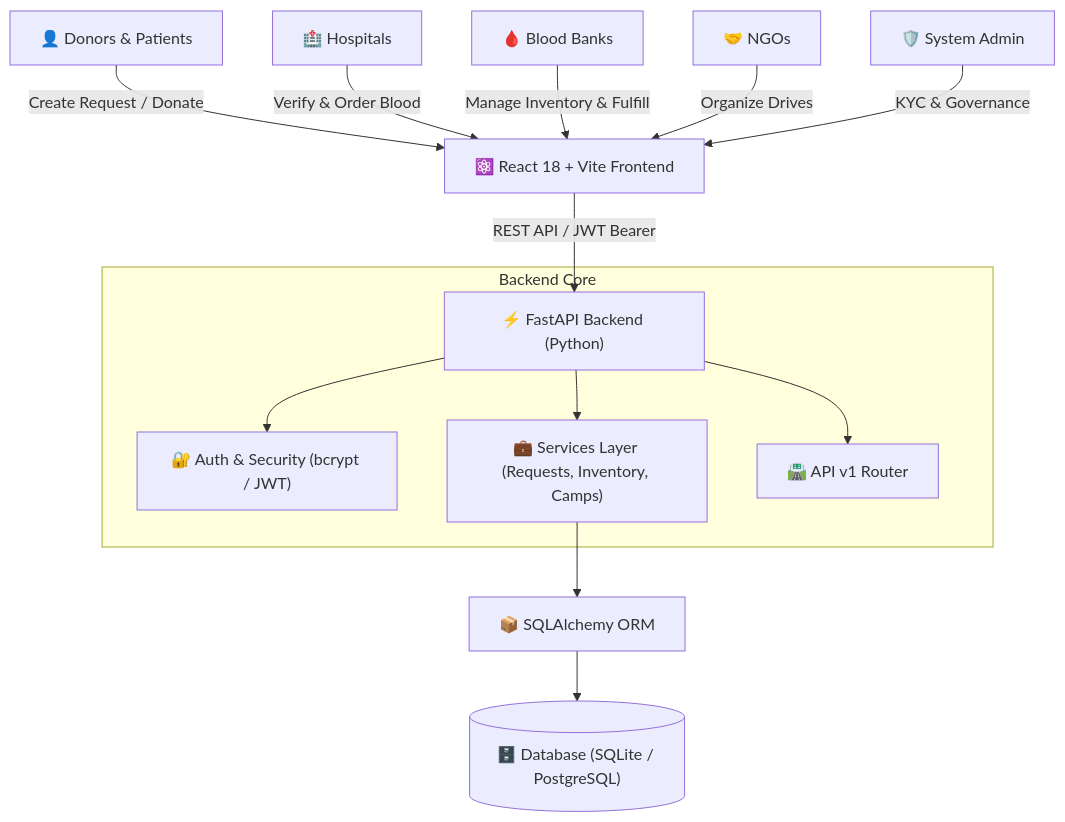
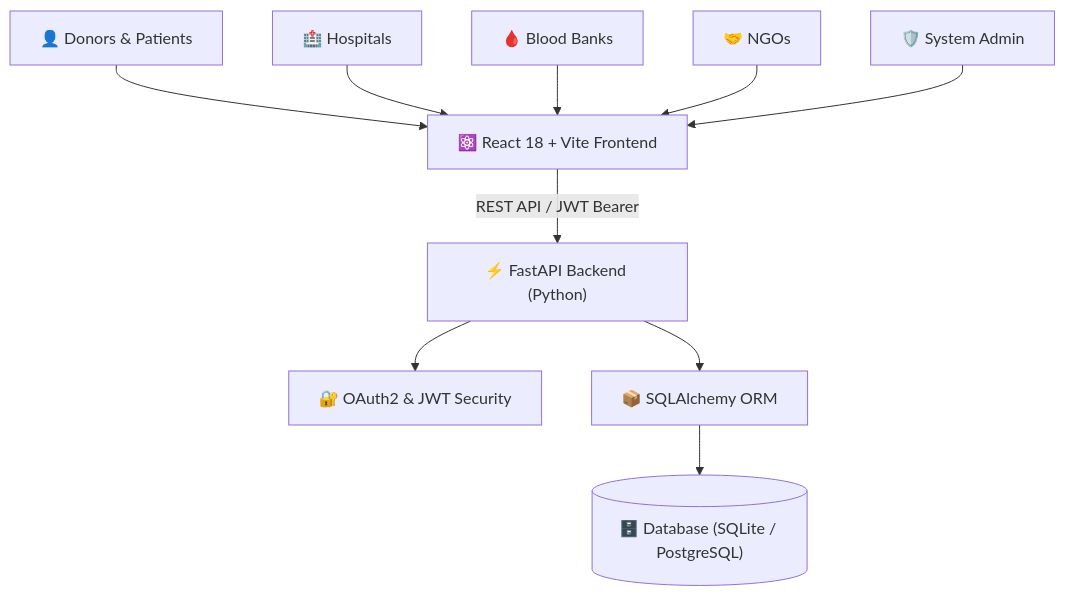
One commit to jashantiwari044/Life_link changed the diagram in README.md. Above: the diagram before and after it, drawn with Mermaid. The commit also changed other lines of this file and 27 other files, not shown here.

````diff
--- a/README.md
+++ b/README.md
@@ -160,19 +70,13 @@
 ```mermaid
 graph TD
-    User["👤 Donors & Patients"] -->|Create Request / Donate| Frontend["⚛️ React 18 + Vite Frontend"]
-    Hospital["🏥 Hospitals"] -->|Verify & Order Blood| Frontend
-    BloodBank["🩸 Blood Banks"] -->|Manage Inventory & Fulfill| Frontend
-    NGO["🤝 NGOs"] -->|Organize Drives| Frontend
-    Admin["🛡️ System Admin"] -->|KYC & Governance| Frontend
+    User["👤 Donors & Patients"] --> Frontend["⚛️ React 18 + Vite Frontend"]
+    Hospital["🏥 Hospitals"] --> Frontend
+    BloodBank["🩸 Blood Banks"] --> Frontend
+    NGO["🤝 NGOs"] --> Frontend
+    Admin["🛡️ System Admin"] --> Frontend
 
     Frontend -->|REST API / JWT Bearer| Backend["⚡ FastAPI Backend (Python)"]
-    
-    subgraph Backend Core
-        Backend --> Auth["🔐 Auth & Security (bcrypt / JWT)"]
-        Backend --> Services["💼 Services Layer (Requests, Inventory, Camps)"]
-        Backend --> Router["🛣️ API v1 Router"]
-    end
-
-    Services --> ORM["📦 SQLAlchemy ORM"]
+    Backend --> Auth["🔐 OAuth2 & JWT Security"]
+    Backend --> ORM["📦 SQLAlchemy ORM"]
     ORM --> DB[("🗄️ Database (SQLite / PostgreSQL)")]
 ```
````
